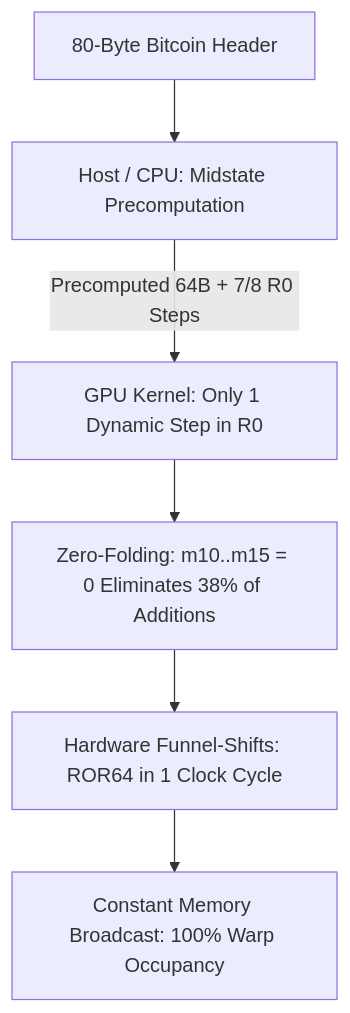
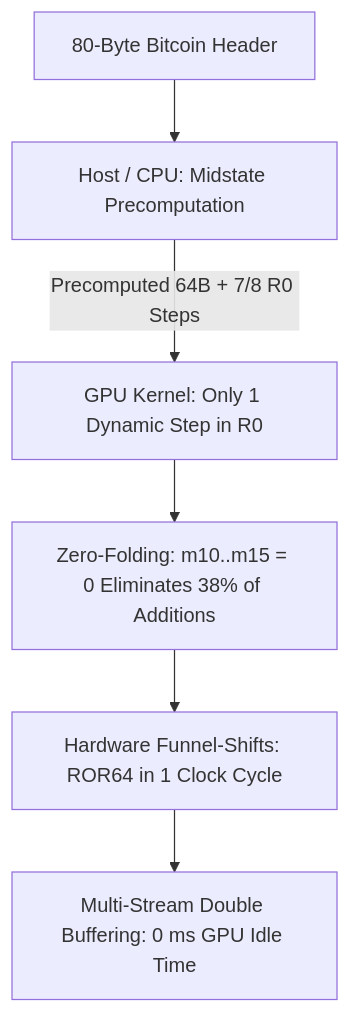
One commit to tomek2150/Blake2bCudaMiner changed the diagram in README.md. Above: the diagram before and after it, drawn with Mermaid. The commit also changed other lines of this file and 3 other files, not shown here.

Commit message:
v1.2.0: Implement asynchronous multi-stream pipelining and bump version

````diff
--- a/README.md
+++ b/README.md
@@ -11,8 +11,8 @@
 ```mermaid
 graph TD
     A[80-Byte Bitcoin Header] --> B[Host / CPU: Midstate Precomputation]
     B -->|Precomputed 64B + 7/8 R0 Steps| C[GPU Kernel: Only 1 Dynamic Step in R0]
     C --> D[Zero-Folding: m10..m15 = 0 Eliminates 38% of Additions]
     D --> E[Hardware Funnel-Shifts: ROR64 in 1 Clock Cycle]
-    E --> F[Constant Memory Broadcast: 100% Warp Occupancy]
+    E --> F[Multi-Stream Double Buffering: 0 ms GPU Idle Time]
 ```
````
